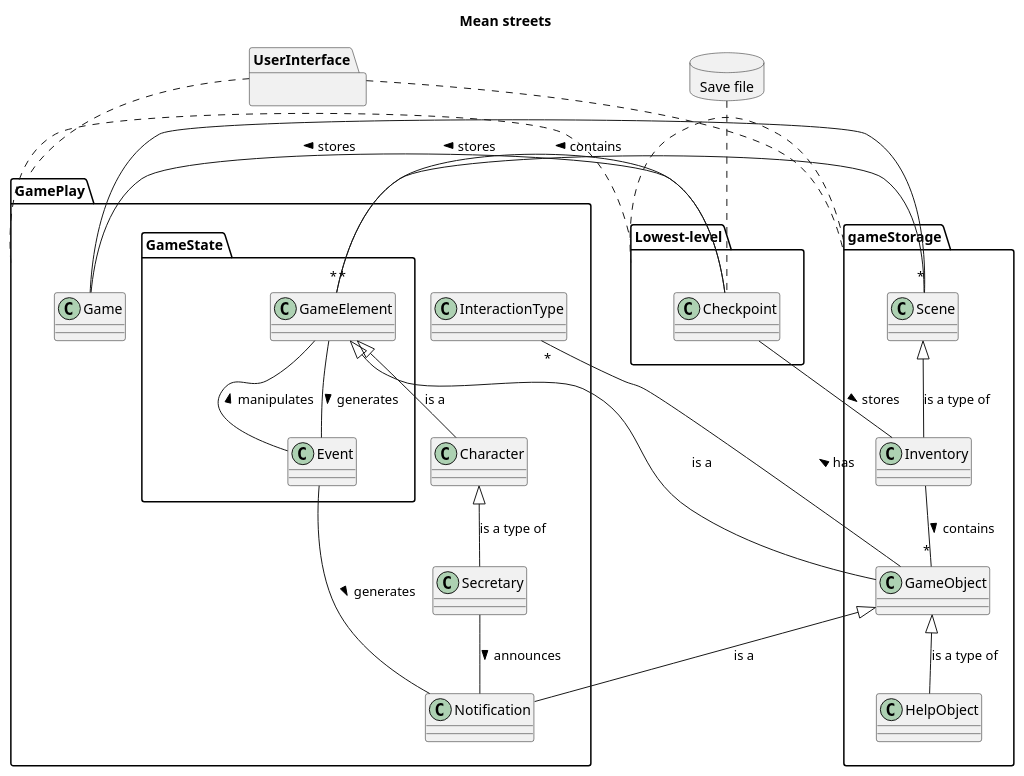
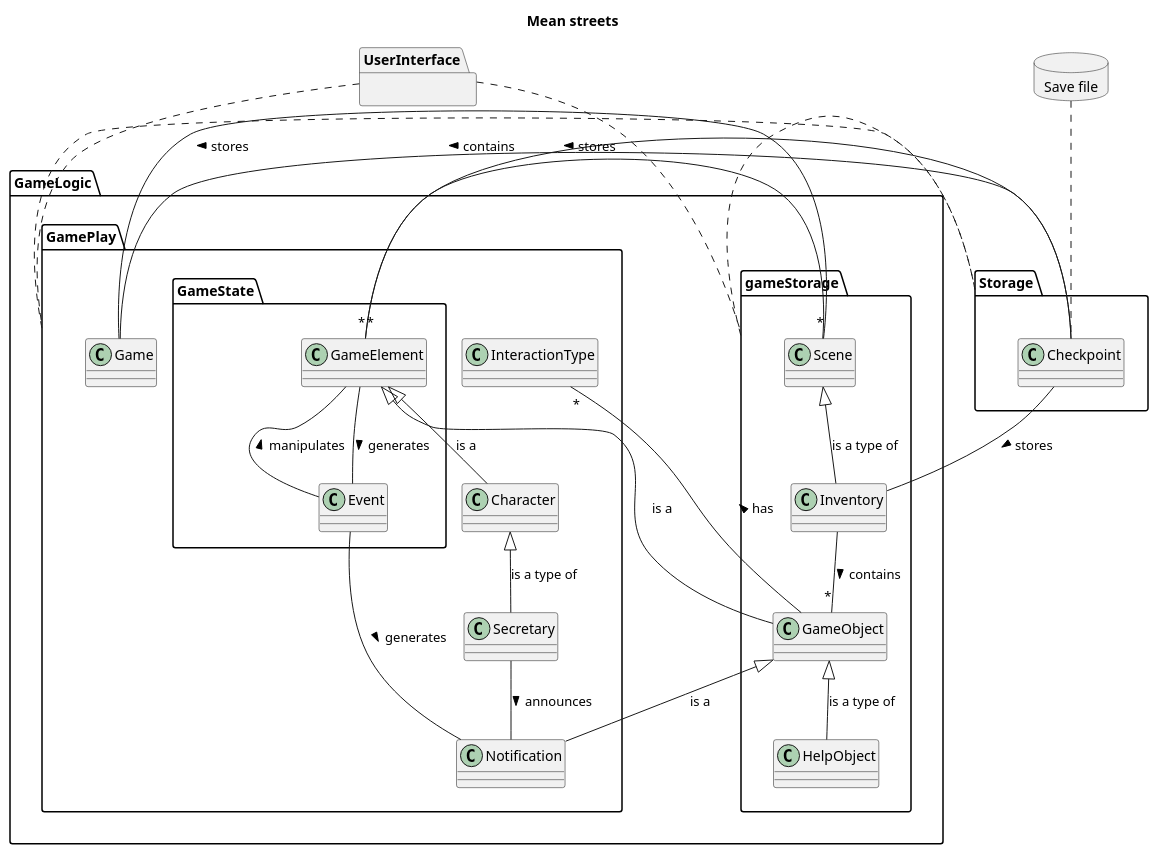
The diagram in architectDiagram.pu (NoahHakansson/SE-PA1460), drawn with PlantUML before and after one commit.

Commit message:
Split up to more packages

```diff
--- a/architectDiagram.pu
+++ b/architectDiagram.pu
@@ -1,66 +1,66 @@
 @startuml
 title Mean streets
 top to bottom direction
 database "Save file" {
 }
 package UserInterface {
 
 }
 
-
+package GameLogic {
 package gameStorage {
     class Inventory
     class GameObject
     class HelpObject
     class Scene
 }
 
 
 
 
 package GamePlay {
     class Game
     class Secretary
     class Character
     class Notification
     class InteractionType
 
     package GameState {
         class GameElement
         class Event
     }
 }
+}
 
-
-package "Lowest-level" {
+package Storage {
     class Checkpoint
 }
 
 "Save file" .. Checkpoint
 UserInterface .. gameStorage
 UserInterface .. GamePlay
 
-GamePlay .. "Lowest-level"
-gameStorage .. "Lowest-level"
+GamePlay .. Storage
+gameStorage .. Storage
 
 
 Game -- "*" Scene
 
 Checkpoint -- "*" GameElement : stores >
 Checkpoint -- Inventory : stores >
 Checkpoint - Game : stores >
 Character <|-- Secretary : is a type of
 GameElement <|-- GameObject : is a
 GameElement <|-- Character : is a
 Scene - "*" GameElement : contains >
 Scene <|-- Inventory : is a type of
 Inventory -- "*" GameObject : contains >
 GameElement -- Event : generates >
 Event -- Notification : generates >
 Event -- GameElement : manipulates >
 Secretary -- Notification : announces >
 GameObject <|-- HelpObject : is a type of
 GameObject <|-- Notification : is a
 GameObject -- "*" InteractionType : has >
 
 @enduml
```
